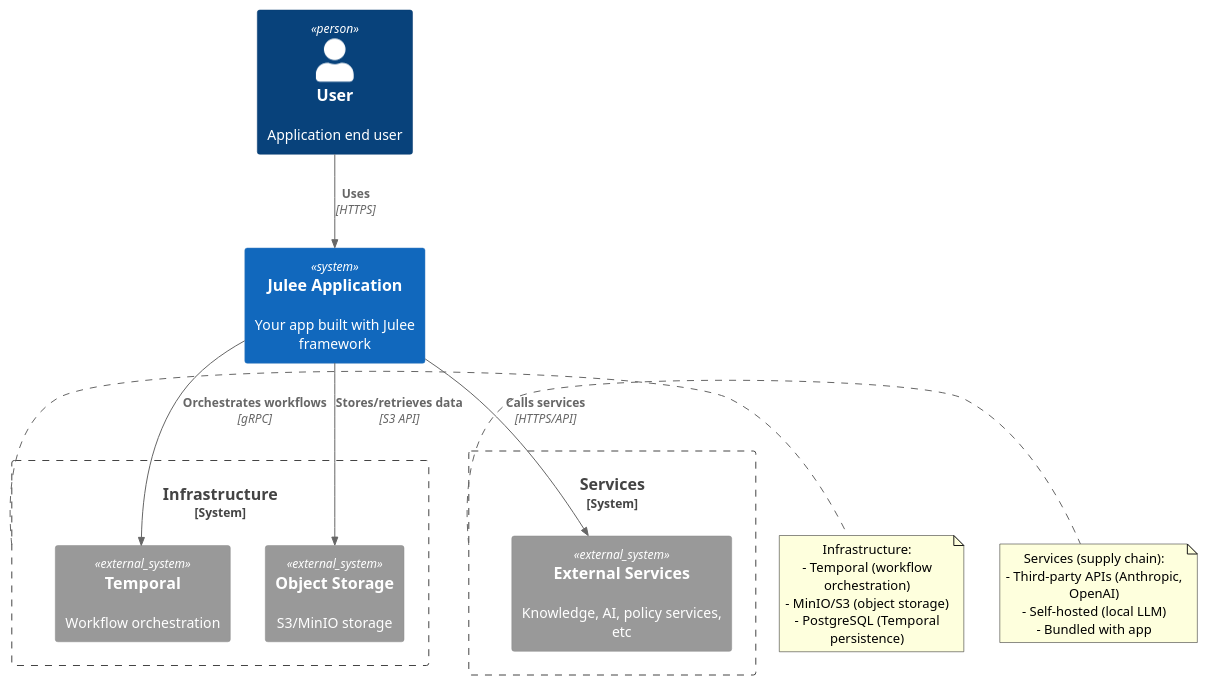
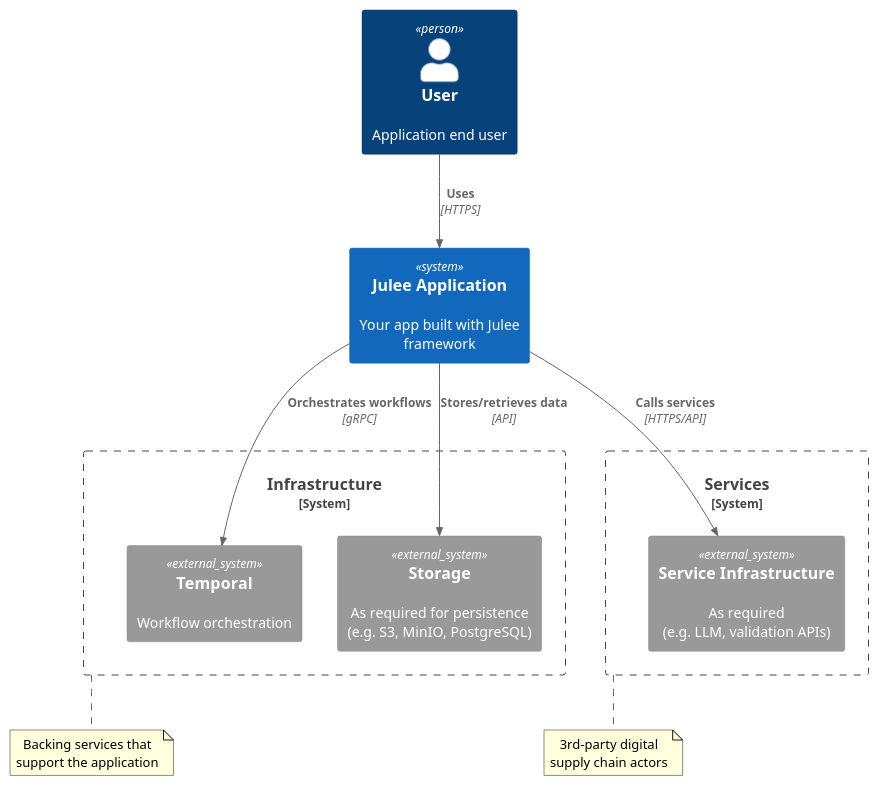
One commit to pyx-industries/julee changed the diagram in docs/architecture/diagrams/c4_context.puml. Above: the diagram before and after it, drawn with PlantUML. The commit also changed 6 other files, not shown here.

```diff
--- a/docs/architecture/diagrams/c4_context.puml
+++ b/docs/architecture/diagrams/c4_context.puml
@@ -1,34 +1,30 @@
 @startuml
 !include <C4/C4_Context>
 
 Person(user, "User", "Application end user")
 System(juleeApp, "Julee Application", "Your app built with Julee framework")
 
 System_Boundary(infra, "Infrastructure") {
     System_Ext(temporal, "Temporal", "Workflow orchestration")
-    System_Ext(storage, "Object Storage", "S3/MinIO storage")
+    System_Ext(storage, "Storage", "As required for persistence\n(e.g. S3, MinIO, PostgreSQL)")
 }
 
 System_Boundary(services, "Services") {
-    System_Ext(external, "External Services", "Knowledge, AI, policy services, etc")
+    System_Ext(external, "Service Infrastructure", "As required\n(e.g. LLM, validation APIs)")
 }
 
 Rel(user, juleeApp, "Uses", "HTTPS")
 Rel(juleeApp, temporal, "Orchestrates workflows", "gRPC")
-Rel(juleeApp, storage, "Stores/retrieves data", "S3 API")
+Rel(juleeApp, storage, "Stores/retrieves data", "API")
 Rel(juleeApp, external, "Calls services", "HTTPS/API")
 
-note right of infra
-  Infrastructure:
-  - Temporal (workflow orchestration)
-  - MinIO/S3 (object storage)
-  - PostgreSQL (Temporal persistence)
+note bottom of infra
+  Backing services that
+  support the application
 end note
 
-note right of services
-  Services (supply chain):
-  - Third-party APIs (Anthropic, OpenAI)
-  - Self-hosted (local LLM)
-  - Bundled with app
+note bottom of services
+  3rd-party digital
+  supply chain actors
 end note
 @enduml
```
